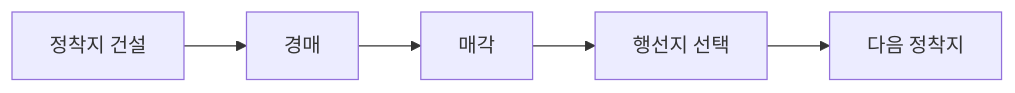
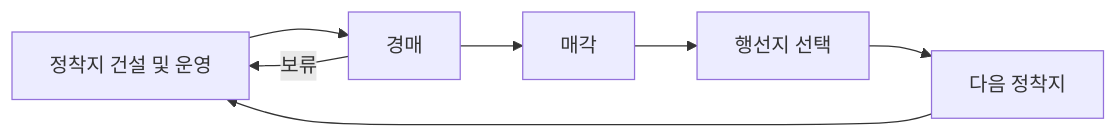
The first of 8 diagrams in src/3-desert-settlement/기술문서.md (ashadeveloperr/ashadeveloperr.github.io), drawn with Mermaid before and after one commit. The commit also changed other lines of this file and 2 other files, not shown here.

````diff
--- a/src/3-desert-settlement/기술문서.md
+++ b/src/3-desert-settlement/기술문서.md
@@ -39,5 +25,7 @@
 ```mermaid
 flowchart LR
   %% simple — 작은 설명 도표: 상세 문서에서 원문·크게 보기 줄을 숨김
-  A["정착지 건설"] --> B["경매"] --> C["매각"] --> D["행선지 선택"] --> E["다음 정착지"]
+  A["정착지 건설 및 운영"] --> B["경매"] --> C["매각"] --> D["행선지 선택"] --> E["다음 정착지"]
+  B -->|"보류"| A
+  E --> A
 ```
````
